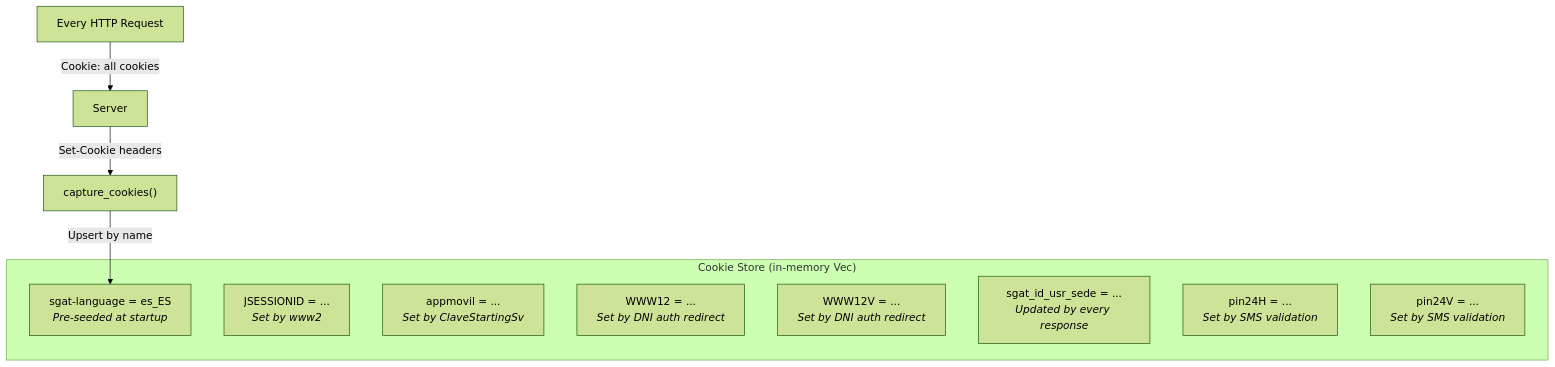
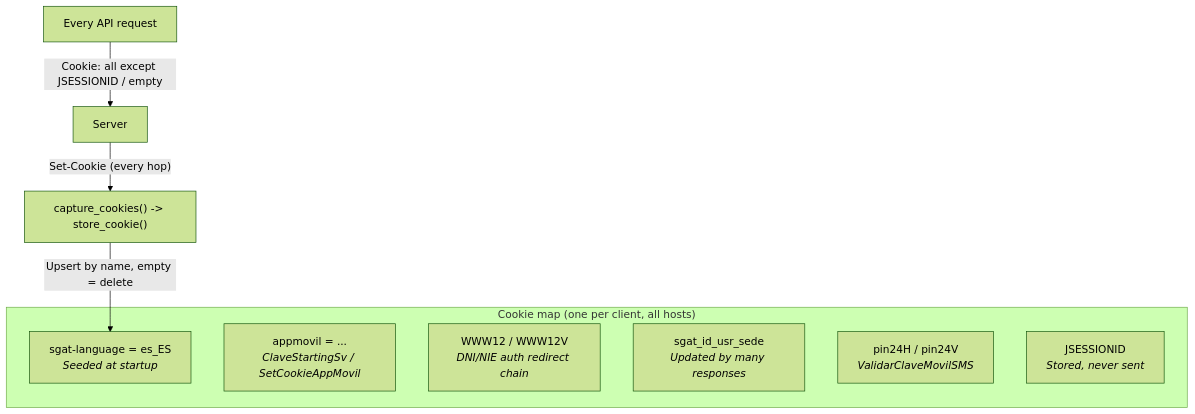
One commit to gabela-io/llave changed the first of 3 diagrams in book/src/implementation-guide/cookie-management.md. Above: the diagram before and after it, drawn with Mermaid (forest theme). The commit also changed other lines of this file and 27 other files, not shown here.

````diff
--- a/book/src/implementation-guide/cookie-management.md
+++ b/book/src/implementation-guide/cookie-management.md
@@ -11,17 +20,15 @@
 ```mermaid
 graph TD
-    subgraph "Cookie Store (in-memory Vec)"
-        C1["sgat-language = es_ES<br/><i>Pre-seeded at startup</i>"]
-        C2["JSESSIONID = ...<br/><i>Set by www2</i>"]
-        C3["appmovil = ...<br/><i>Set by ClaveStartingSv</i>"]
-        C4["WWW12 = ...<br/><i>Set by DNI auth redirect</i>"]
-        C5["WWW12V = ...<br/><i>Set by DNI auth redirect</i>"]
-        C6["sgat_id_usr_sede = ...<br/><i>Updated by every response</i>"]
-        C7["pin24H = ...<br/><i>Set by SMS validation</i>"]
-        C8["pin24V = ...<br/><i>Set by SMS validation</i>"]
+    subgraph "Cookie map (one per client, all hosts)"
+        C1["sgat-language = es_ES<br/><i>Seeded at startup</i>"]
+        C3["appmovil = ...<br/><i>ClaveStartingSv / SetCookieAppMovil</i>"]
+        C4["WWW12 / WWW12V<br/><i>DNI/NIE auth redirect chain</i>"]
+        C6["sgat_id_usr_sede<br/><i>Updated by many responses</i>"]
+        C7["pin24H / pin24V<br/><i>ValidarClaveMovilSMS</i>"]
+        C2["JSESSIONID<br/><i>Stored, never sent</i>"]
     end
 
-    Request["Every HTTP Request"] -->|"Cookie: all cookies"| Server
-    Server -->|"Set-Cookie headers"| Capture["capture_cookies()"]
-    Capture -->|"Upsert by name"| C1
+    Request["Every API request"] -->|"Cookie: all except JSESSIONID / empty"| Server
+    Server -->|"Set-Cookie (every hop)"| Capture["capture_cookies() -> store_cookie()"]
+    Capture -->|"Upsert by name, empty = delete"| C1
 ```
````
